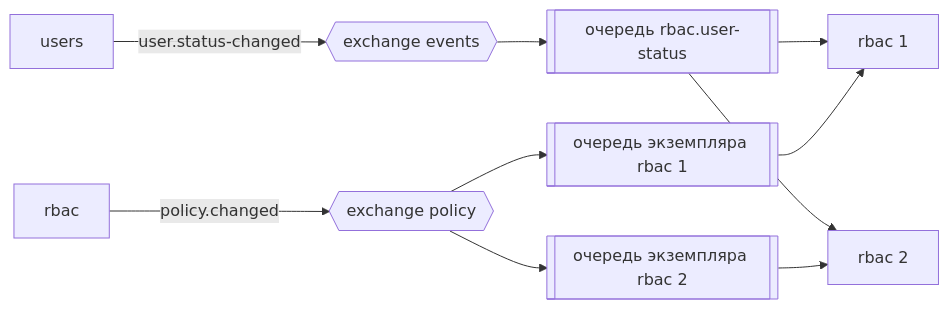
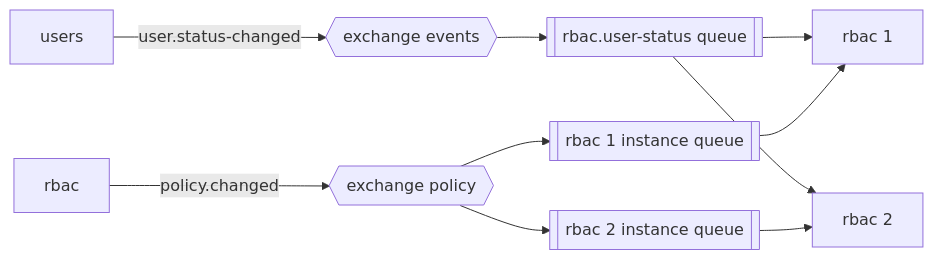
The first of 4 diagrams in courses-content/backend/B/1/en/0.3 Асинхронное взаимодействие.md (pavel-skripko-innowise/inno-fe-be-a1), drawn with Mermaid before and after one commit. The commit also changed other lines of this file and 35 other files, not shown here.

````diff
--- a/courses-content/backend/B/1/en/0.3 Асинхронное взаимодействие.md
+++ b/courses-content/backend/B/1/en/0.3 Асинхронное взаимодействие.md
@@ -51,12 +51,12 @@
 ```mermaid
 flowchart LR
   Users[users] -->|"user.status-changed"| Events{{exchange events}}
-  Events --> StatusQ[[очередь rbac.user-status]]
+  Events --> StatusQ[[rbac.user-status queue]]
   StatusQ --> Rbac1[rbac 1]
   StatusQ --> Rbac2[rbac 2]
   PolicyPub[rbac] -->|"policy.changed"| Policy{{exchange policy}}
-  Policy --> PolicyQ1[[очередь экземпляра rbac 1]]
-  Policy --> PolicyQ2[[очередь экземпляра rbac 2]]
+  Policy --> PolicyQ1[[rbac 1 instance queue]]
+  Policy --> PolicyQ2[[rbac 2 instance queue]]
   PolicyQ1 --> Rbac1
   PolicyQ2 --> Rbac2
 ```
````
